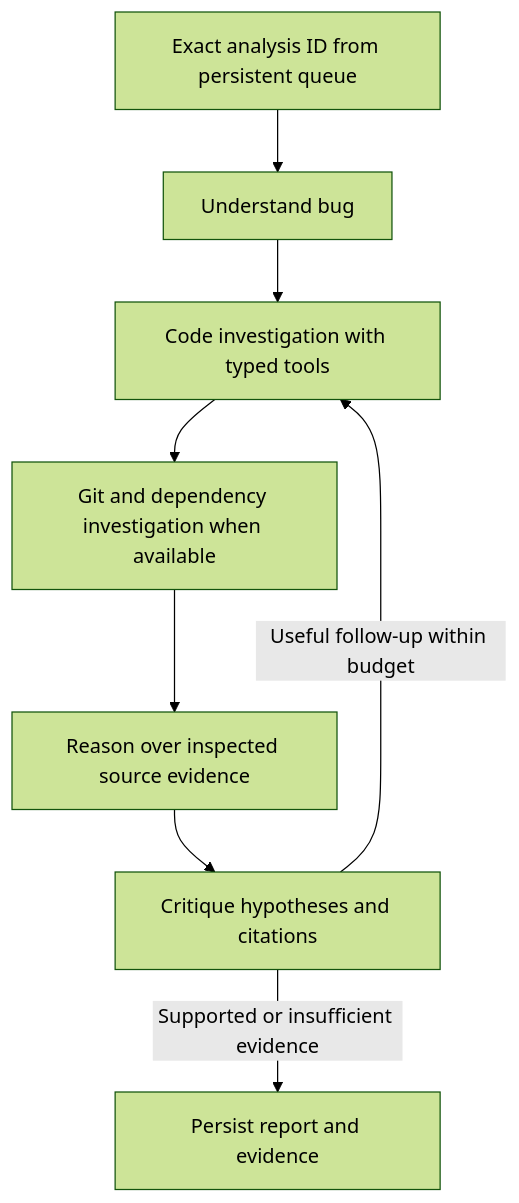
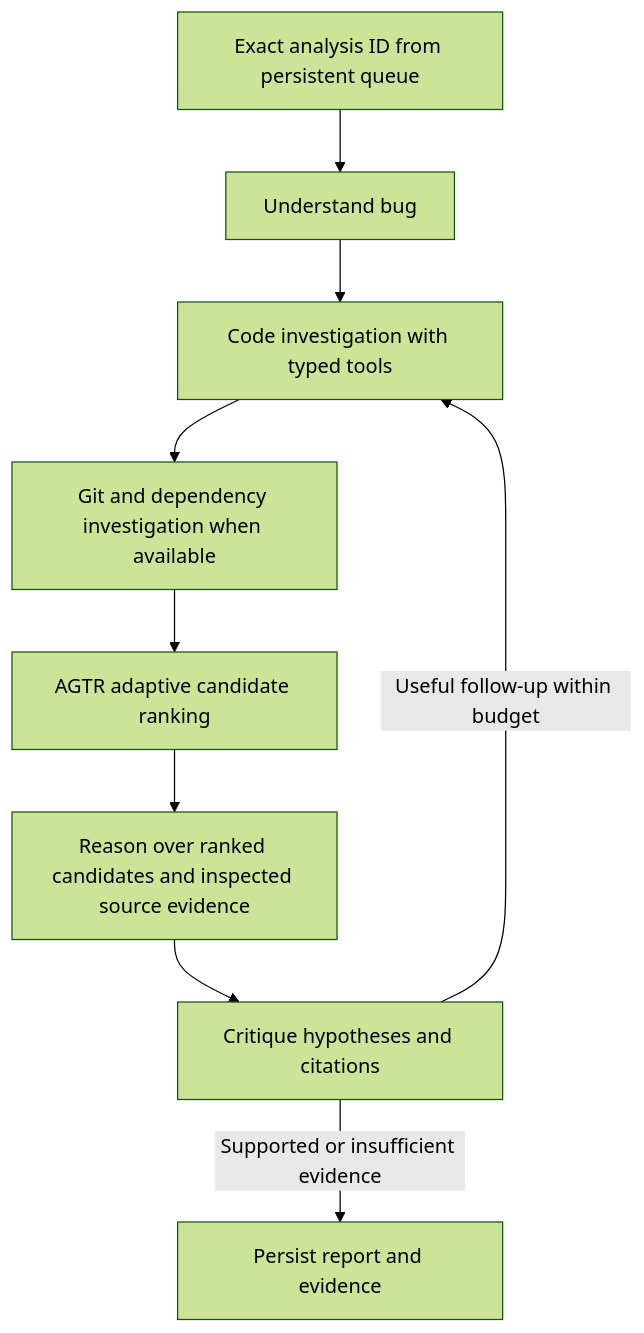
Before and after one commit to Navaneetha-Krishnan-MV/FYP: the diagram in docs/agentic-rca-mvp.md, drawn with Mermaid (forest theme). The commit also changed other lines of this file and 6 other files, not shown here.

````diff
--- a/docs/agentic-rca-mvp.md
+++ b/docs/agentic-rca-mvp.md
@@ -128,10 +133,11 @@
 ```mermaid
 flowchart TD
   Q[Exact analysis ID from persistent queue] --> U[Understand bug]
   U --> I[Code investigation with typed tools]
   I --> S[Git and dependency investigation when available]
-  S --> R[Reason over inspected source evidence]
+  S --> A[AGTR adaptive candidate ranking]
+  A --> R[Reason over ranked candidates and inspected source evidence]
   R --> V[Critique hypotheses and citations]
   V -->|Useful follow-up within budget| I
   V -->|Supported or insufficient evidence| F[Persist report and evidence]
 ```
````
